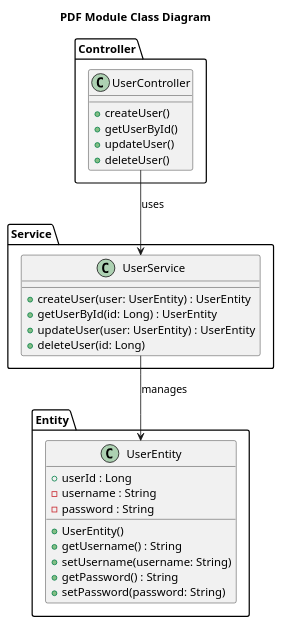
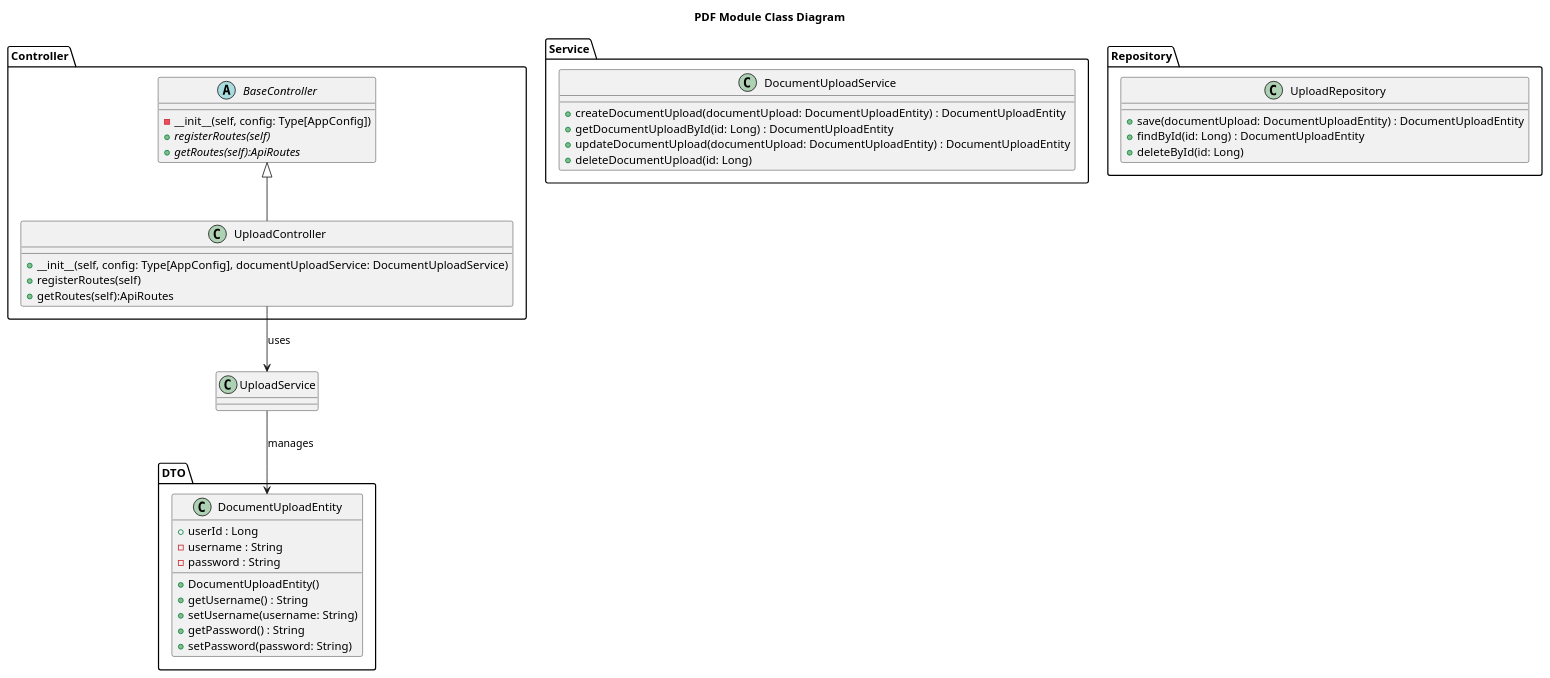
Before and after one commit to lanshi17/LinguaSeeker: the diagram in apps/backend/docs/pdf_cd.puml, drawn with PlantUML. The commit also changed 23 other files, not shown here.

```diff
--- a/apps/backend/docs/pdf_cd.puml
+++ b/apps/backend/docs/pdf_cd.puml
@@ -1,38 +1,53 @@
 @startuml PDFClassDiagram
 title PDF Module Class Diagram
 
-package "Entity" {
-  class UserEntity {
+package "DTO" {
+  class DocumentUploadEntity {
     + userId : Long
     - username : String
     - password : String
-    + UserEntity()
+    + DocumentUploadEntity()
     + getUsername() : String
     + setUsername(username: String)
     + getPassword() : String
     + setPassword(password: String)
   }
 }
 
 package "Service" {
-  class UserService {
-    + createUser(user: UserEntity) : UserEntity
-    + getUserById(id: Long) : UserEntity
-    + updateUser(user: UserEntity) : UserEntity
-    + deleteUser(id: Long)
+  class DocumentUploadService {
+    + createDocumentUpload(documentUpload: DocumentUploadEntity) : DocumentUploadEntity
+    + getDocumentUploadById(id: Long) : DocumentUploadEntity
+    + updateDocumentUpload(documentUpload: DocumentUploadEntity) : DocumentUploadEntity
+    + deleteDocumentUpload(id: Long)
   }
 }
 
+
 package "Controller" {
-  class UserController {
-    + createUser()
-    + getUserById()
-    + updateUser()
-    + deleteUser()
+  abstract class BaseController {
+    - __init__(self, config: Type[AppConfig])
+    {abstract}+ registerRoutes(self)
+    {abstract}+ getRoutes(self):ApiRoutes
+  }
+
+  class UploadController{
+    + __init__(self, config: Type[AppConfig], documentUploadService: DocumentUploadService)
+    + registerRoutes(self)
+    + getRoutes(self):ApiRoutes
+  }
+  BaseController  <|-- UploadController
+}
+
+package "Repository" {
+  class UploadRepository {
+    + save(documentUpload: DocumentUploadEntity) : DocumentUploadEntity
+    + findById(id: Long) : DocumentUploadEntity
+    + deleteById(id: Long)
   }
 }
 
-UserController --> UserService: uses
-UserService --> UserEntity: manages
+UploadController --> UploadService: uses
+UploadService --> DocumentUploadEntity: manages
 
 @enduml
```
